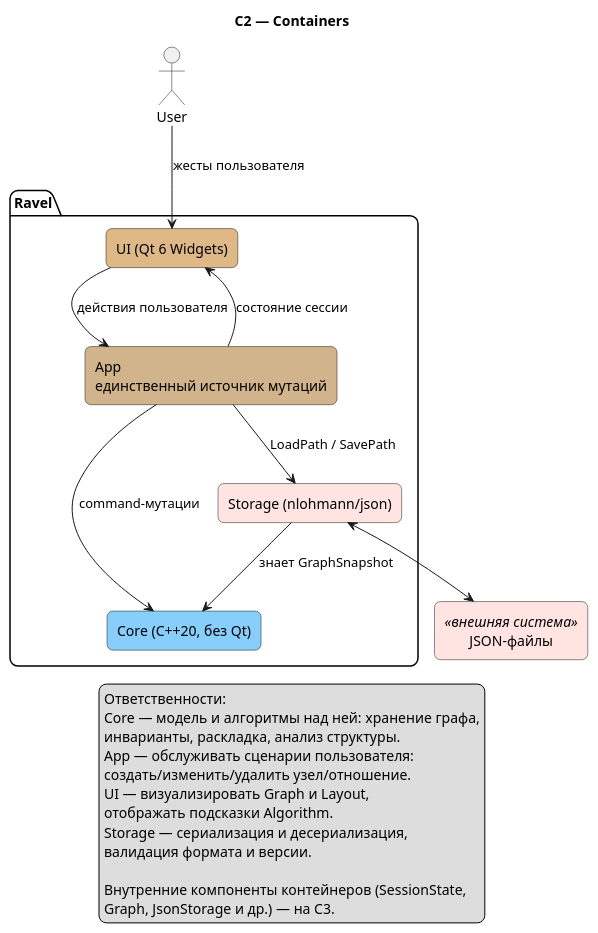
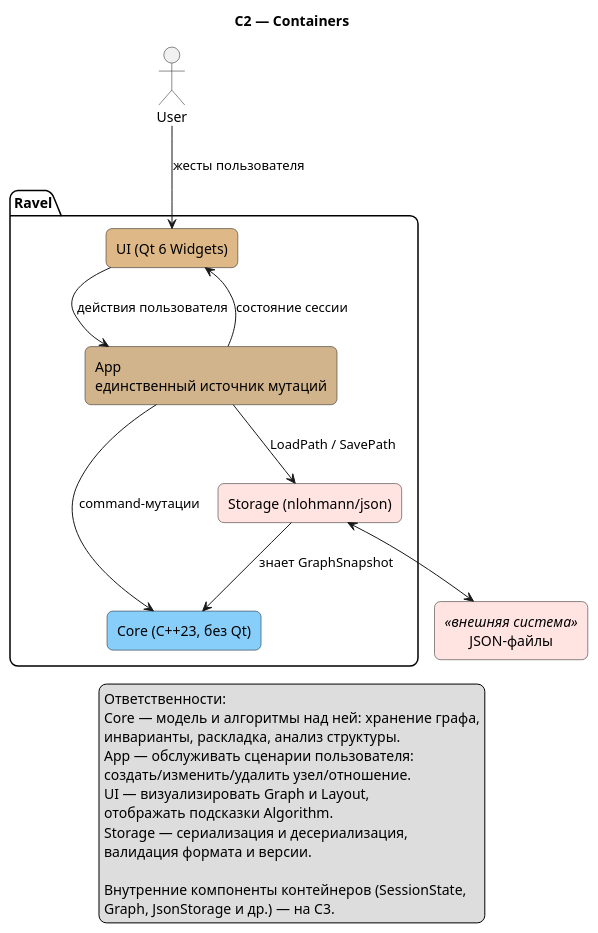
One commit to Anastas2817/ravel-kb changed the diagram in docs/assets/c4/c2.puml. Above: the diagram before and after it, drawn with PlantUML. The commit also changed 9 other files, not shown here.

```diff
--- a/docs/assets/c4/c2.puml
+++ b/docs/assets/c4/c2.puml
@@ -1,50 +1,50 @@
 @startuml C2
 skinparam shadowing false
 skinparam componentStyle rectangle
 skinparam rectangle {
   RoundCorner 12
 }
 skinparam package {
   RoundCorner 16
 }
 skinparam legend {
   RoundCorner 12
 }
 top to bottom direction
 title C2 — Containers
 
 actor "User" as User
 
 package "Ravel" {
 
   rectangle "UI (Qt 6 Widgets)" as UI #BurlyWood
   rectangle "App\nединственный источник мутаций" as App #Tan
-  rectangle "Core (C++20, без Qt)" as Core #LightSkyBlue
+  rectangle "Core (C++23, без Qt)" as Core #LightSkyBlue
   rectangle "Storage (nlohmann/json)" as Storage #MistyRose
 }
 
 rectangle "JSON-файлы" as Json <<внешняя система>> #MistyRose
 
 User --> UI : жесты пользователя
 UI --> App : действия пользователя
 App --> UI : состояние сессии
 App --> Core : command-мутации
 Storage --> Core : знает GraphSnapshot
 App --> Storage : LoadPath / SavePath
 Storage <--> Json
 
 legend bottom
   Ответственности:
   Core — модель и алгоритмы над ней: хранение графа,
   инварианты, раскладка, анализ структуры.
   App — обслуживать сценарии пользователя:
   создать/изменить/удалить узел/отношение.
   UI — визуализировать Graph и Layout,
   отображать подсказки Algorithm.
   Storage — сериализация и десериализация,
   валидация формата и версии.
 
   Внутренние компоненты контейнеров (SessionState,
   Graph, JsonStorage и др.) — на C3.
 end legend
 @enduml
```
